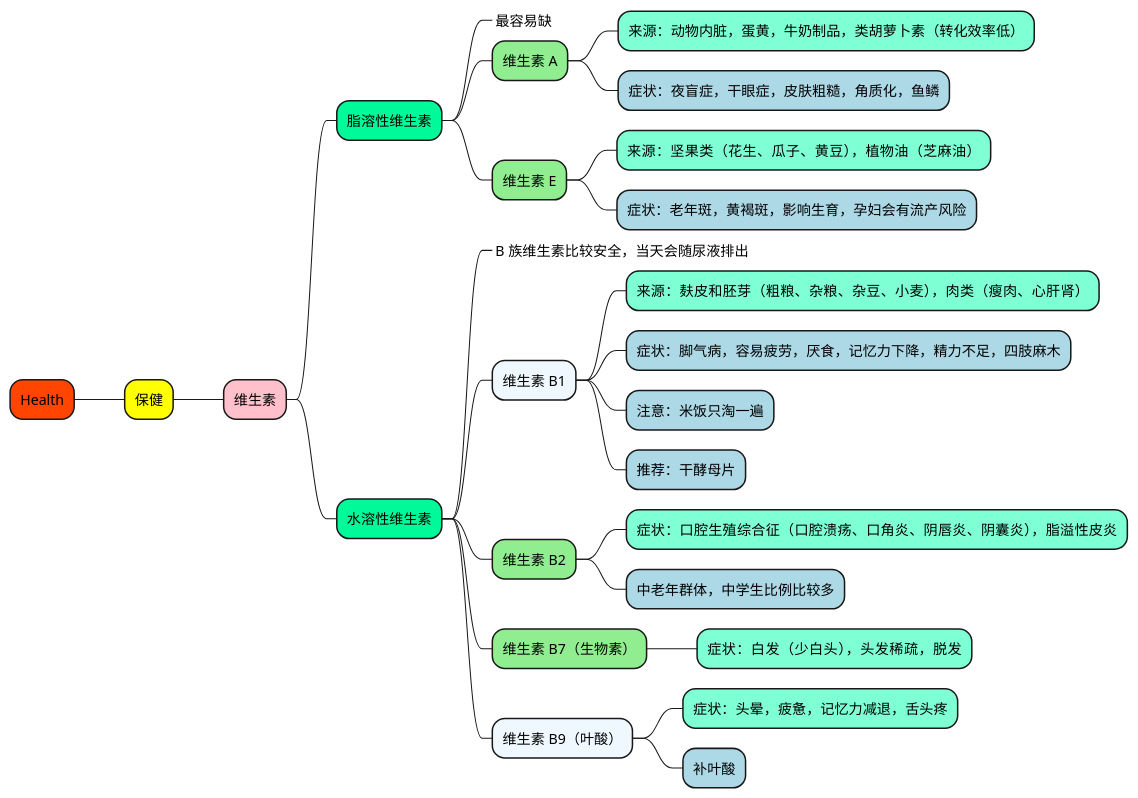
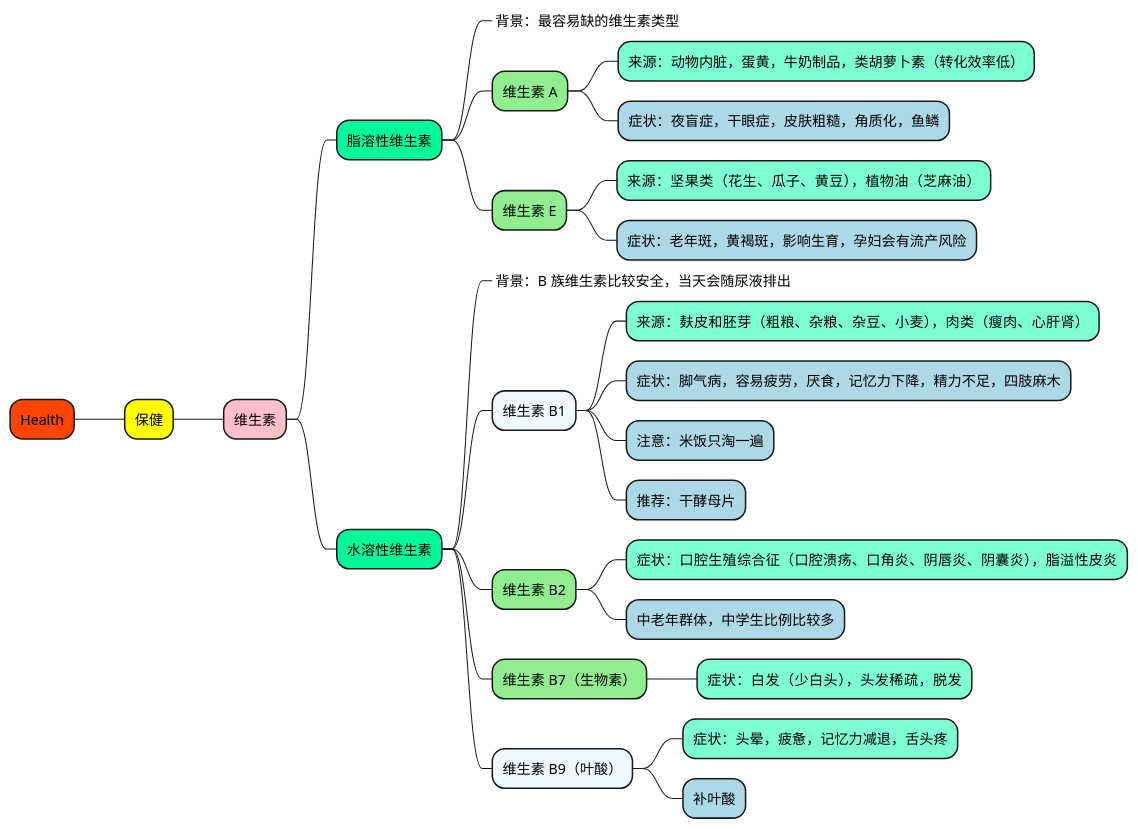
One commit to doveg/self-cultivation-of-a-lifelong-learner changed the diagram in Health/Health.puml. Above: the diagram before and after it, drawn with PlantUML. The commit also changed 1 other file, not shown here.

```diff
--- a/Health/Health.puml
+++ b/Health/Health.puml
@@ -1,48 +1,48 @@
 @startmindmap
 
 +[#OrangeRed] Health
 
 ++[#yellow] 保健
 
 +++[#Pink] 维生素
 
 ++++[#MediumSpringGreen] 脂溶性维生素
 
-+++++[#LightGreen]_ 最容易缺
++++++[#LightGreen]_ 背景：最容易缺的维生素类型
 
 +++++[#LightGreen] 维生素 A
 ++++++[#Aquamarine] 来源：动物内脏，蛋黄，牛奶制品，类胡萝卜素（转化效率低）
 ++++++[#LightBlue] 症状：夜盲症，干眼症，皮肤粗糙，角质化，鱼鳞
 
 +++++[#LightGreen] 维生素 E
 ++++++[#Aquamarine] 来源：坚果类（花生、瓜子、黄豆），植物油（芝麻油）
 ++++++[#LightBlue] 症状：老年斑，黄褐斑，影响生育，孕妇会有流产风险
 
 
 ++++[#MediumSpringGreen] 水溶性维生素
 
-+++++[#LightGreen]_ B 族维生素比较安全，当天会随尿液排出
++++++[#LightGreen]_ 背景：B 族维生素比较安全，当天会随尿液排出
 
 +++++[#AliceBlue] 维生素 B1
 ++++++[#Aquamarine] 来源：麸皮和胚芽（粗粮、杂粮、杂豆、小麦），肉类（瘦肉、心肝肾）
 ++++++[#LightBlue] 症状：脚气病，容易疲劳，厌食，记忆力下降，精力不足，四肢麻木
 ++++++[#LightBlue] 注意：米饭只淘一遍
 ++++++[#LightBlue] 推荐：干酵母片
 
 +++++[#LightGreen] 维生素 B2
 ++++++[#Aquamarine] 症状：口腔生殖综合征（口腔溃疡、口角炎、阴唇炎、阴囊炎），脂溢性皮炎
 ++++++[#LightBlue] 中老年群体，中学生比例比较多
 
 +++++[#LightGreen] 维生素 B7（生物素）
 ++++++[#Aquamarine] 症状：白发（少白头），头发稀疏，脱发
 
 +++++[#AliceBlue] 维生素 B9（叶酸）
 ++++++[#Aquamarine] 症状：头晕，疲惫，记忆力减退，舌头疼
 ++++++[#LightBlue] 补叶酸
 
 
 
 'https://www.bilibili.com/video/BV1BY411T7Q
 
 
 @endmindmap
```
